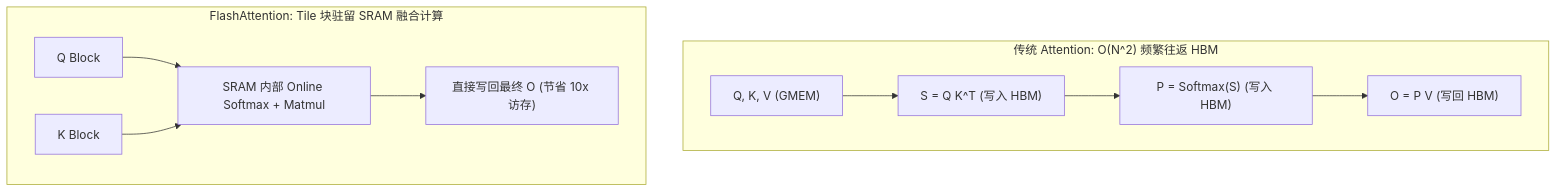
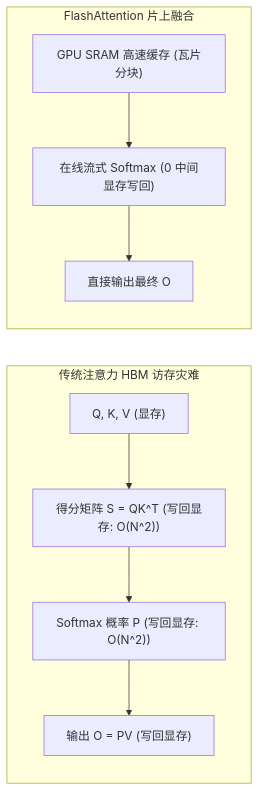
Before and after one commit to hsthanb4/hpclearning: the first of 2 diagrams in train/lesson13.qmd, drawn with Mermaid. The commit also changed other lines of this file and 89 other files, not shown here.

Commit message:
style(docs): relocate images and diagrams adjacent to their textual references across all lessons

````diff
--- a/train/lesson13.qmd
+++ b/train/lesson13.qmd
@@ -32,12 +84,14 @@
 ```{mermaid}
-flowchart TD
-    subgraph StandardAttn["传统 Attention: O(N^2) 频繁往返 HBM"]
-        QKV["Q, K, V (GMEM)"] --> S["S = Q K^T (写入 HBM)"]
-        S --> P["P = Softmax(S) (写入 HBM)"]
-        P --> O["O = P V (写回 HBM)"]
+flowchart LR
+    subgraph Standard["传统注意力 HBM 访存灾难"]
+        direction TB
+        QKV["Q, K, V (显存)"] --> S["得分矩阵 S = QK^T (写回显存: O(N^2))"]
+        S --> P["Softmax 概率 P (写回显存: O(N^2))"]
+        P --> O["输出 O = PV (写回显存)"]
     end
-    subgraph FlashAttn["FlashAttention: Tile 块驻留 SRAM 融合计算"]
-        Q_tile["Q Block"] & K_tile["K Block"] --> SRAM["SRAM 内部 Online Softmax + Matmul"]
-        SRAM --> O_tile["直接写回最终 O (节省 10x 访存)"]
+    subgraph FA["FlashAttention 片上融合"]
+        direction TB
+        SRAM["GPU SRAM 高速缓存 (瓦片分块)"] --> Online["在线流式 Softmax (0 中间显存写回)"]
+        Online --> Out["直接输出最终 O"]
     end
 ```
````
